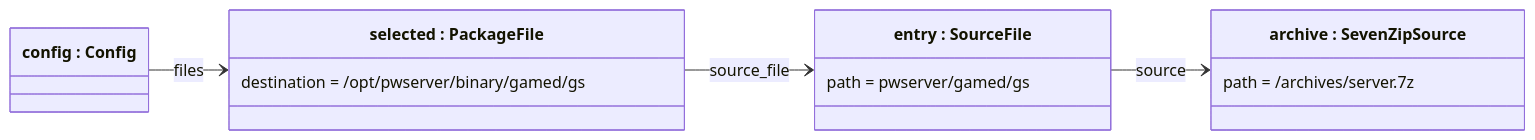
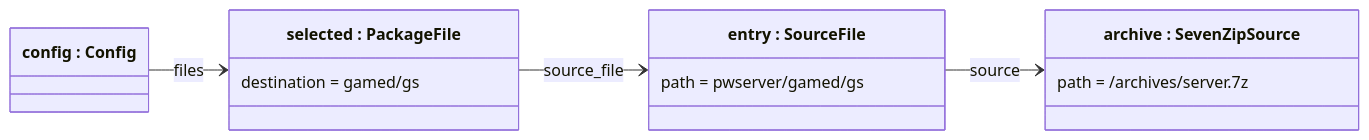
The second of 2 diagrams in research/package-builder-file-flow.ru.md (CPiracy/PWServer), drawn with Mermaid before and after one commit. The commit also changed other lines of this file, not shown here.

````diff
--- a/research/package-builder-file-flow.ru.md
+++ b/research/package-builder-file-flow.ru.md
@@ -106,16 +116,16 @@
 ```mermaid
 classDiagram
     direction LR
     class Config["config : Config"]
     class Selected["selected : PackageFile"]
     class Entry["entry : SourceFile"]
     class Archive["archive : SevenZipSource"]
 
-    Selected : destination = /opt/pwserver/binary/gamed/gs
+    Selected : destination = gamed/gs
     Entry : path = pwserver/gamed/gs
     Archive : path = /archives/server.7z
 
     Config --> Selected : files
     Selected --> Entry : source_file
     Entry --> Archive : source
 ```
````
